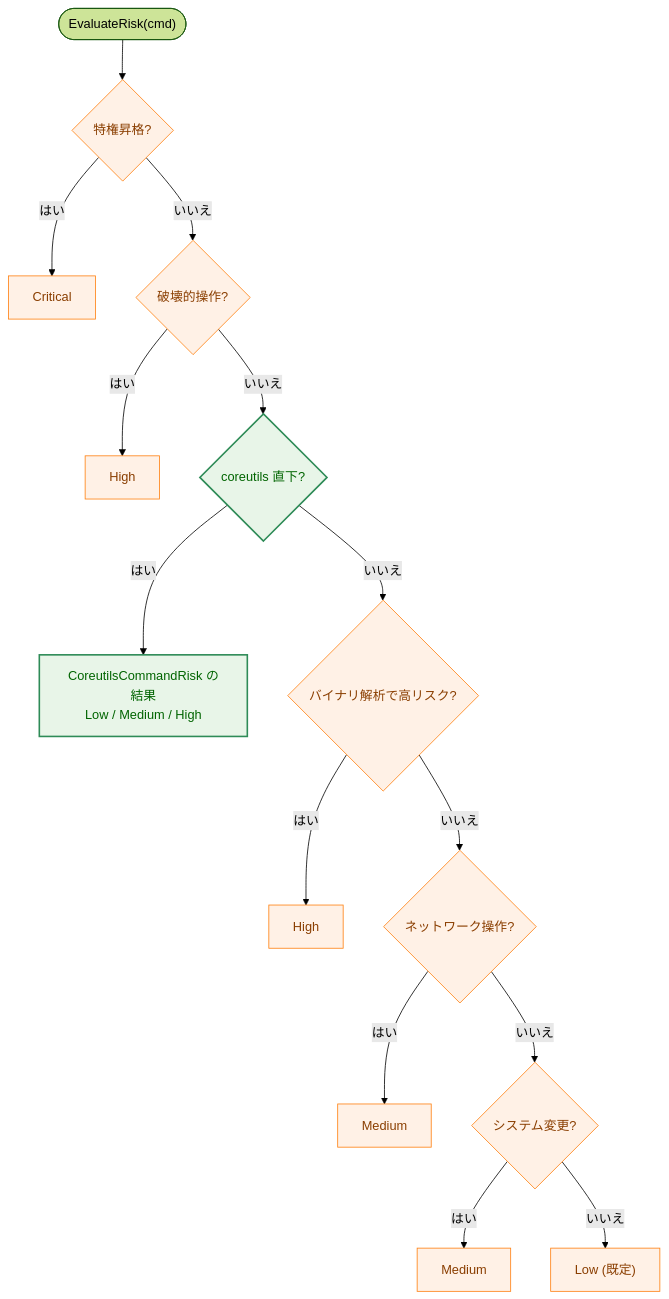
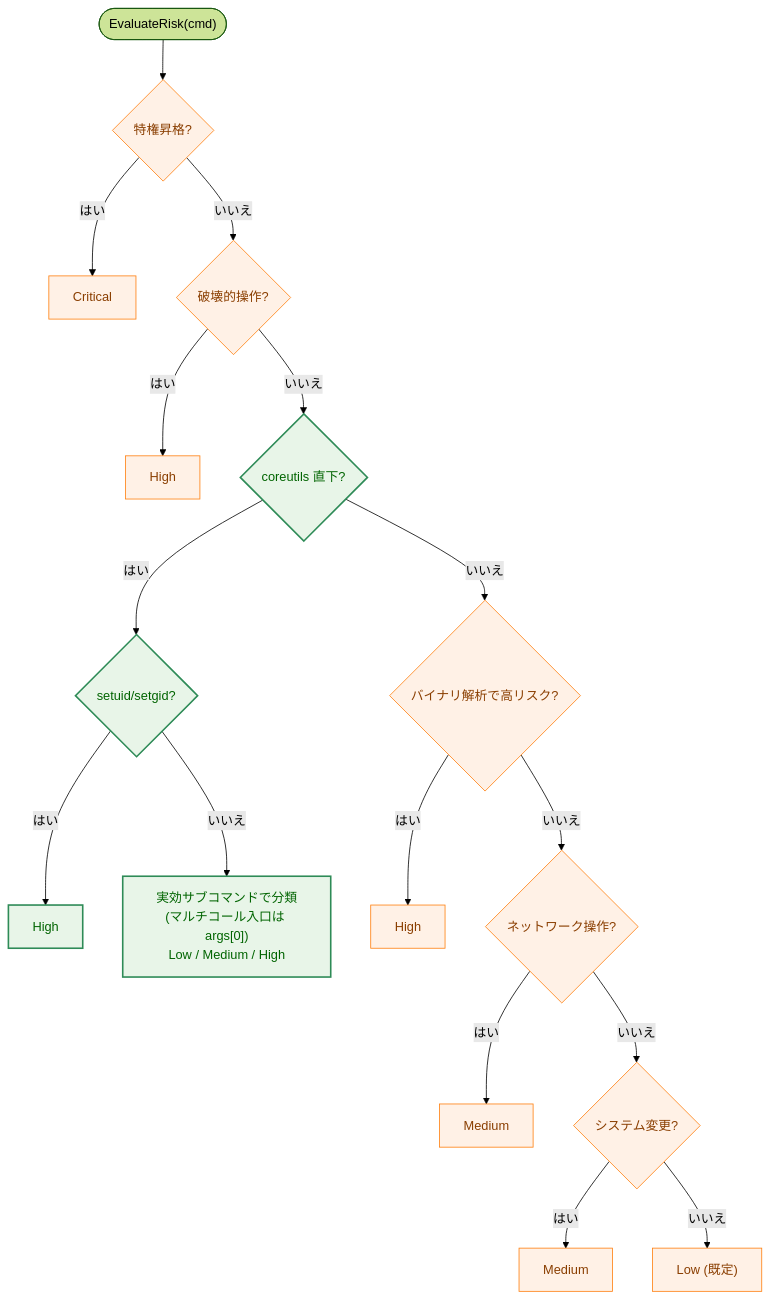
One commit to isseis/go-safe-cmd-runner changed the ninth of 10 diagrams in docs/tasks/0135_rust_coreutils_support/02_architecture.md. Above: the diagram before and after it, drawn with Mermaid (forest theme). The commit also changed other lines of this file, not shown here.

First line of the commit message:
docs(0135): address PR review on coreutils risk classification

````diff
--- a/docs/tasks/0135_rust_coreutils_support/02_architecture.md
+++ b/docs/tasks/0135_rust_coreutils_support/02_architecture.md
@@ -376,22 +396,24 @@
 ```mermaid
 flowchart TD
     classDef process fill:#fff1e6,stroke:#ff7f0e,stroke-width:1px,color:#8a3e00;
     classDef enhanced fill:#e8f5e8,stroke:#2e8b57,stroke-width:2px,color:#006400;
 
     S(["EvaluateRisk(cmd)"]) --> P{"特権昇格?"}
     P -->|"はい"| RC["Critical"]
     P -->|"いいえ"| D{"破壊的操作?"}
     D -->|"はい"| RH["High"]
     D -->|"いいえ"| CU{"coreutils 直下?"}
-    CU -->|"はい"| RCU["CoreutilsCommandRisk の結果<br>Low / Medium / High"]
+    CU -->|"はい"| SU{"setuid/setgid?"}
+    SU -->|"はい"| RHS["High"]
+    SU -->|"いいえ"| RCU["実効サブコマンドで分類<br>(マルチコール入口は args[0])<br>Low / Medium / High"]
     CU -->|"いいえ"| NWH{"バイナリ解析で高リスク?"}
     NWH -->|"はい"| RH2["High"]
     NWH -->|"いいえ"| NW{"ネットワーク操作?"}
     NW -->|"はい"| RM["Medium"]
     NW -->|"いいえ"| SM{"システム変更?"}
     SM -->|"はい"| RM2["Medium"]
     SM -->|"いいえ"| RL["Low (既定)"]
 
-    class CU,RCU enhanced
+    class CU,SU,RCU,RHS enhanced
     class P,D,NWH,NW,SM,RC,RH,RH2,RM,RM2,RL process
 ```
````
